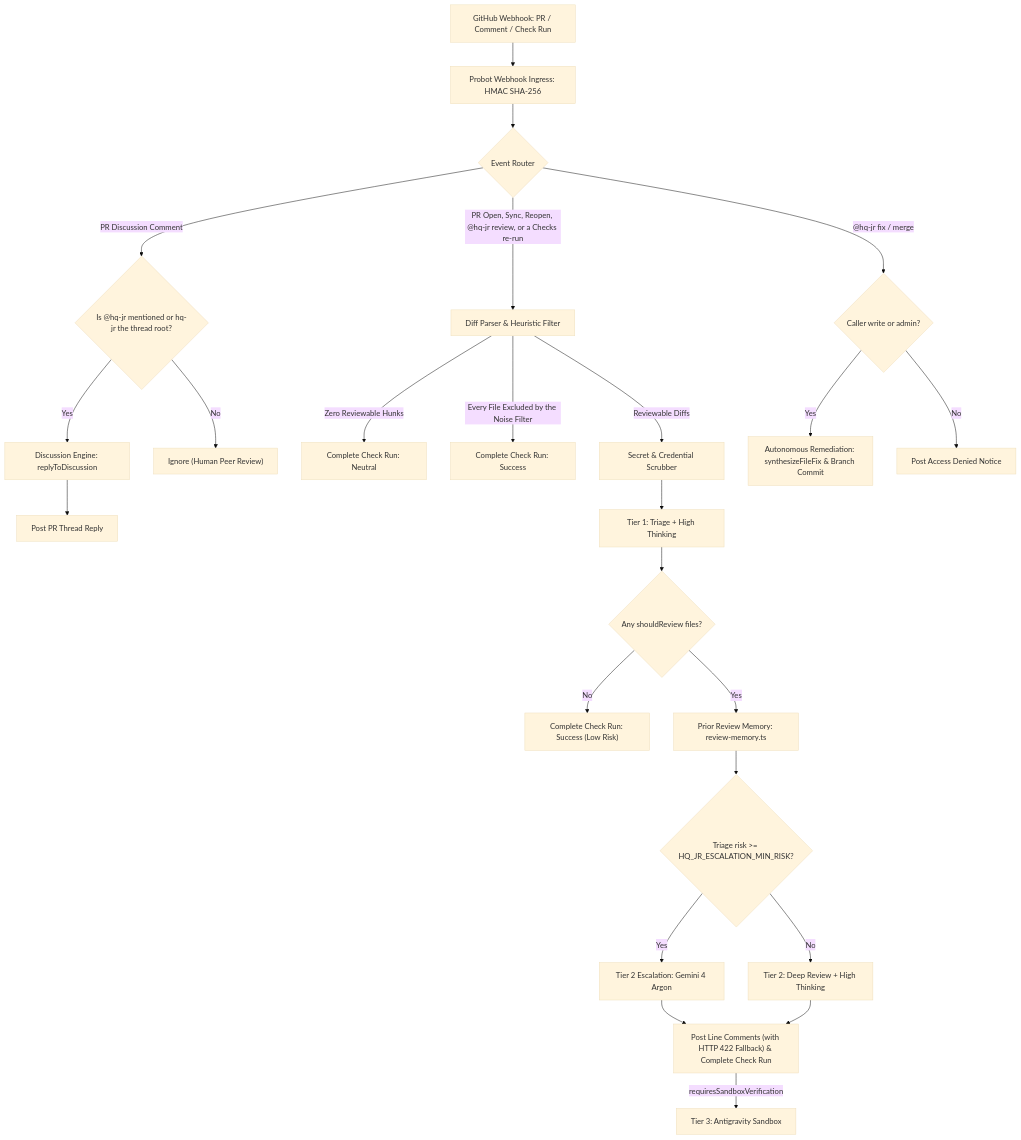
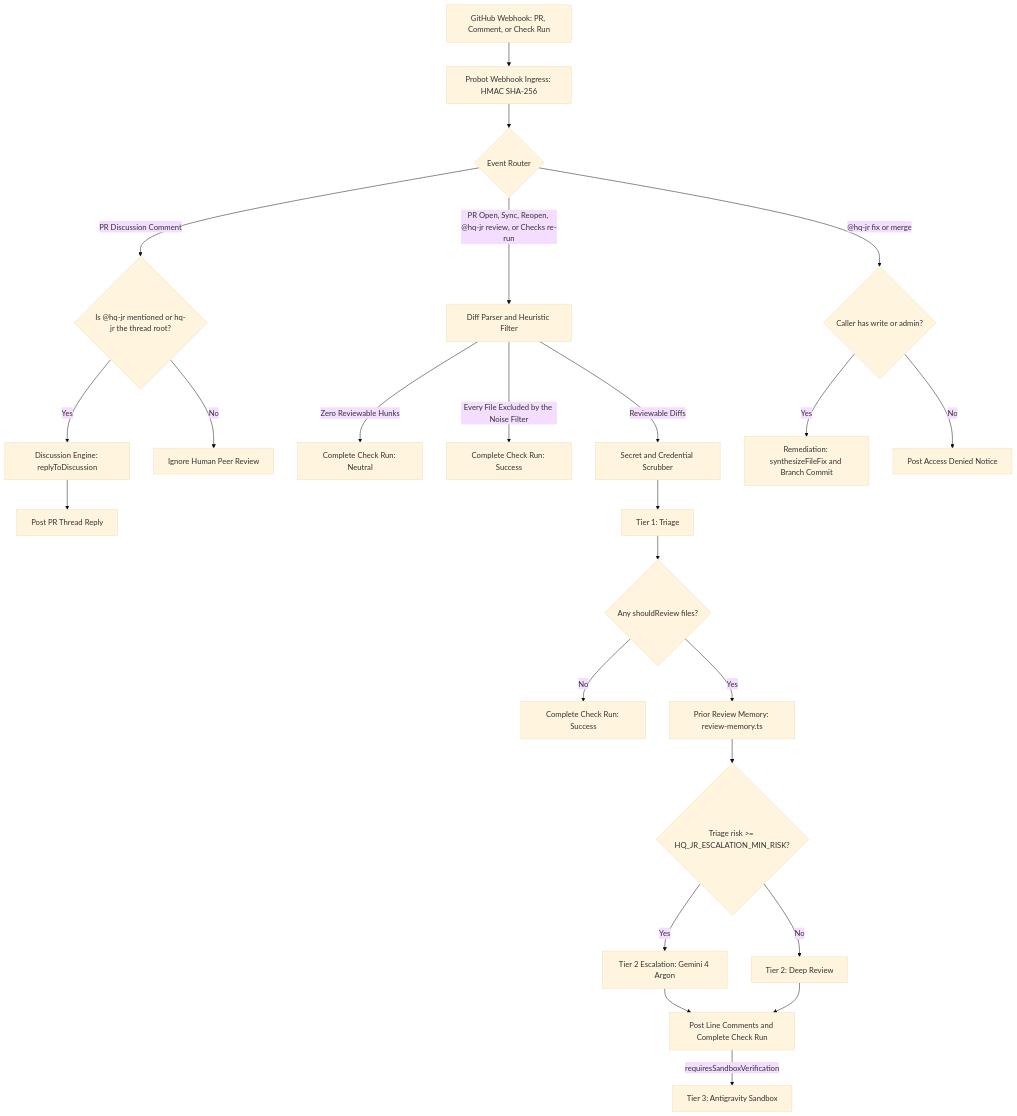
Before and after one commit to adi-IL/hq-jr: the diagram in README.md, drawn with Mermaid (base theme). The commit also changed other lines of this file and 8 other files, not shown here.

````diff
--- a/README.md
+++ b/README.md
@@ -55,31 +53,31 @@
 ```mermaid
 flowchart TD
-    PR["GitHub Webhook: PR / Comment / Check Run"] --> Ingress["Probot Webhook Ingress: HMAC SHA-256"]
+    PR["GitHub Webhook: PR, Comment, or Check Run"] --> Ingress["Probot Webhook Ingress: HMAC SHA-256"]
     Ingress --> Route{"Event Router"}
     
     Route -->|"PR Discussion Comment"| AntiHijack{"Is @hq-jr mentioned or hq-jr the thread root?"}
     AntiHijack -->|"Yes"| Disc["Discussion Engine: replyToDiscussion"]
     Disc --> PostReply["Post PR Thread Reply"]
-    AntiHijack -->|"No"| Ignore["Ignore (Human Peer Review)"]
+    AntiHijack -->|"No"| Ignore["Ignore Human Peer Review"]
     
-    Route -->|"PR Open, Sync, Reopen, @hq-jr review, or a Checks re-run"| Filter["Diff Parser & Heuristic Filter"]
+    Route -->|"PR Open, Sync, Reopen, @hq-jr review, or Checks re-run"| Filter["Diff Parser and Heuristic Filter"]
     Filter -->|"Zero Reviewable Hunks"| FastPass["Complete Check Run: Neutral"]
     Filter -->|"Every File Excluded by the Noise Filter"| ExcludedPass["Complete Check Run: Success"]
-    Filter -->|"Reviewable Diffs"| Scrubber["Secret & Credential Scrubber"]
-    Scrubber --> Tier1["Tier 1: Triage + High Thinking"]
+    Filter -->|"Reviewable Diffs"| Scrubber["Secret and Credential Scrubber"]
+    Scrubber --> Tier1["Tier 1: Triage"]
     
     Tier1 --> TriageDecision{"Any shouldReview files?"}
-    TriageDecision -->|"No"| LowRiskExit["Complete Check Run: Success (Low Risk)"]
+    TriageDecision -->|"No"| LowRiskExit["Complete Check Run: Success"]
     TriageDecision -->|"Yes"| Memory["Prior Review Memory: review-memory.ts"]
     Memory --> Gate{"Triage risk >= HQ_JR_ESCALATION_MIN_RISK?"}
     Gate -->|"Yes"| Argon["Tier 2 Escalation: Gemini 4 Argon"]
-    Gate -->|"No"| Tier2["Tier 2: Deep Review + High Thinking"]
+    Gate -->|"No"| Tier2["Tier 2: Deep Review"]
     
-    Argon --> Output["Post Line Comments (with HTTP 422 Fallback) & Complete Check Run"]
+    Argon --> Output["Post Line Comments and Complete Check Run"]
     Tier2 --> Output
     Output -->|"requiresSandboxVerification"| Tier3["Tier 3: Antigravity Sandbox"]
     
-    Route -->|"@hq-jr fix / merge"| RBAC{"Caller write or admin?"}
-    RBAC -->|"Yes"| Remediate["Autonomous Remediation: synthesizeFileFix & Branch Commit"]
+    Route -->|"@hq-jr fix or merge"| RBAC{"Caller has write or admin?"}
+    RBAC -->|"Yes"| Remediate["Remediation: synthesizeFileFix and Branch Commit"]
     RBAC -->|"No"| Deny["Post Access Denied Notice"]
 ```
````
